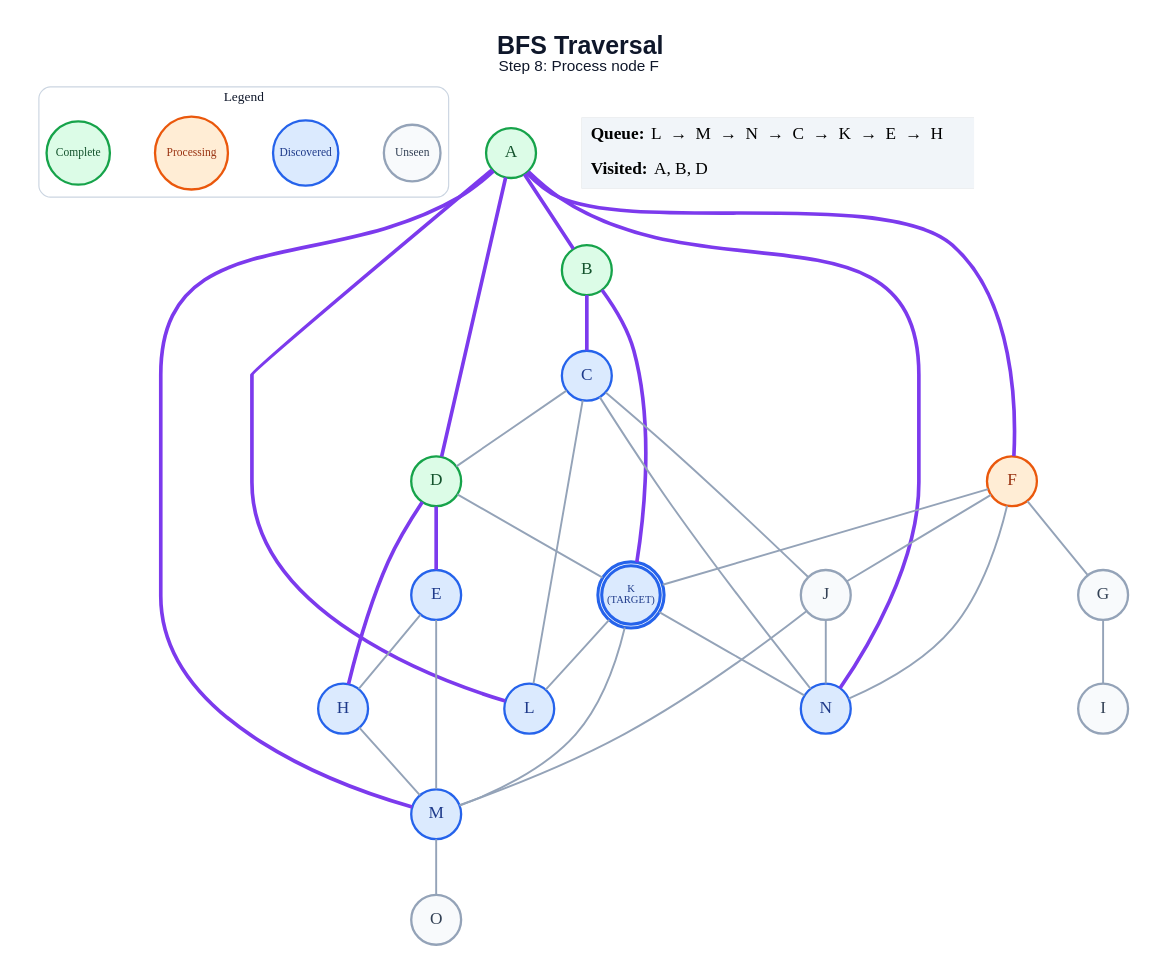
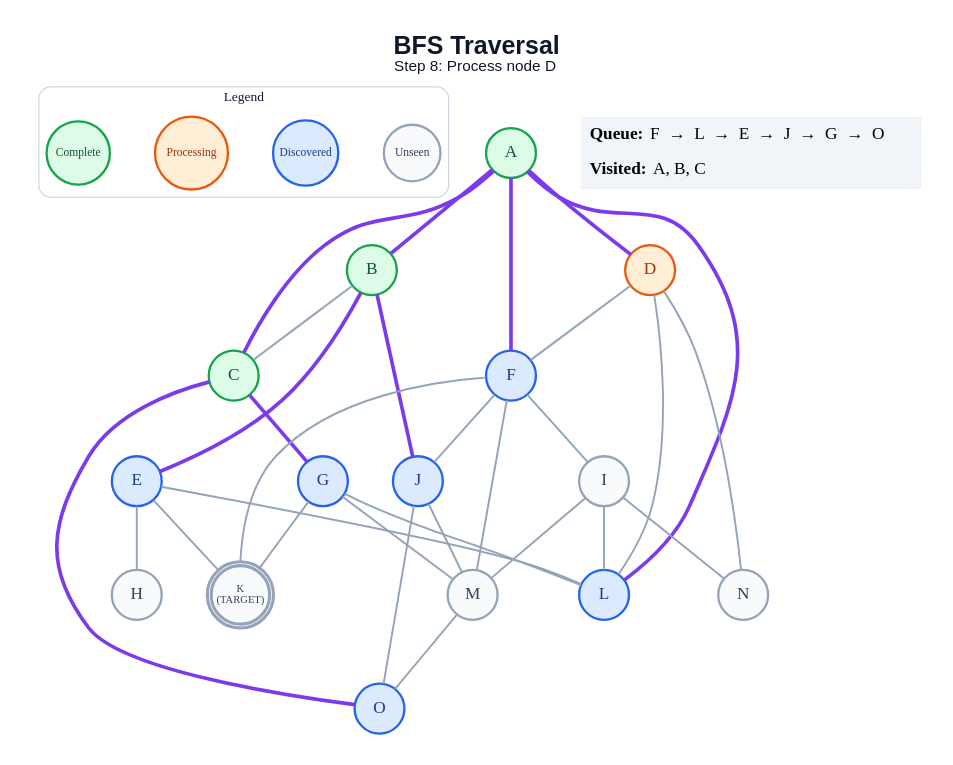
Before and after one commit to anon7238593-create/ai-slop: the diagram in generated/specific-node/bfs/step_08.dot, drawn with Graphviz. The commit also changed 211 other files, not shown here.

```diff
--- a/generated/specific-node/bfs/step_08.dot
+++ b/generated/specific-node/bfs/step_08.dot
@@ -1,63 +1,63 @@
 graph traversal {
   graph [layout=dot, rankdir=TB, bgcolor="#FFFFFF", pad="0.35", nodesep="0.65", ranksep="0.8", fontname="Arial"];
   node [shape=circle, style="filled", fontname="Arial Bold", fontsize=18, width=0.72, fixedsize=true, penwidth=2.4];
   edge [color="#94A3B8", penwidth=2.0];
-  label=<<B>BFS Traversal</B><BR/><FONT POINT-SIZE="16">Step 8: Process node F</FONT>>; labelloc="t"; fontsize=26; fontname="Arial"; fontcolor="#0F172A";
+  label=<<B>BFS Traversal</B><BR/><FONT POINT-SIZE="16">Step 8: Process node D</FONT>>; labelloc="t"; fontsize=26; fontname="Arial"; fontcolor="#0F172A";
   subgraph cluster_legend { label="Legend"; color="#CBD5E1"; penwidth=1.2; style="rounded"; fontsize=14; fontname="Arial Bold";
     key_unseen [label="Unseen", fillcolor="#F8FAFC", color="#94A3B8", fontcolor="#334155", fontsize=12, width=0.82];
     key_frontier [label="Discovered", fillcolor="#DBEAFE", color="#2563EB", fontcolor="#1E3A8A", fontsize=12, width=0.95];
     key_current [label="Processing", fillcolor="#FFEDD5", color="#EA580C", fontcolor="#9A3412", fontsize=12, width=1.05];
     key_done [label="Complete", fillcolor="#DCFCE7", color="#16A34A", fontcolor="#14532D", fontsize=12, width=0.92];
     { rank=same; key_unseen; key_frontier; key_current; key_done; }
   }
   A [label="A", fillcolor="#DCFCE7", color="#16A34A", fontcolor="#14532D", peripheries=1, penwidth=2.4];
   B [label="B", fillcolor="#DCFCE7", color="#16A34A", fontcolor="#14532D", peripheries=1, penwidth=2.4];
-  C [label="C", fillcolor="#DBEAFE", color="#2563EB", fontcolor="#1E3A8A", peripheries=1, penwidth=2.4];
-  D [label="D", fillcolor="#DCFCE7", color="#16A34A", fontcolor="#14532D", peripheries=1, penwidth=2.4];
+  C [label="C", fillcolor="#DCFCE7", color="#16A34A", fontcolor="#14532D", peripheries=1, penwidth=2.4];
+  D [label="D", fillcolor="#FFEDD5", color="#EA580C", fontcolor="#9A3412", peripheries=1, penwidth=2.4];
   E [label="E", fillcolor="#DBEAFE", color="#2563EB", fontcolor="#1E3A8A", peripheries=1, penwidth=2.4];
-  F [label="F", fillcolor="#FFEDD5", color="#EA580C", fontcolor="#9A3412", peripheries=1, penwidth=2.4];
-  G [label="G", fillcolor="#F8FAFC", color="#94A3B8", fontcolor="#334155", peripheries=1, penwidth=2.4];
-  H [label="H", fillcolor="#DBEAFE", color="#2563EB", fontcolor="#1E3A8A", peripheries=1, penwidth=2.4];
+  F [label="F", fillcolor="#DBEAFE", color="#2563EB", fontcolor="#1E3A8A", peripheries=1, penwidth=2.4];
+  G [label="G", fillcolor="#DBEAFE", color="#2563EB", fontcolor="#1E3A8A", peripheries=1, penwidth=2.4];
+  H [label="H", fillcolor="#F8FAFC", color="#94A3B8", fontcolor="#334155", peripheries=1, penwidth=2.4];
   I [label="I", fillcolor="#F8FAFC", color="#94A3B8", fontcolor="#334155", peripheries=1, penwidth=2.4];
-  J [label="J", fillcolor="#F8FAFC", color="#94A3B8", fontcolor="#334155", peripheries=1, penwidth=2.4];
-  K [label="K\n(TARGET)", fillcolor="#DBEAFE", color="#2563EB", fontcolor="#1E3A8A", peripheries=2, penwidth=3.2, fontsize=11, width=0.85, height=0.85];
+  J [label="J", fillcolor="#DBEAFE", color="#2563EB", fontcolor="#1E3A8A", peripheries=1, penwidth=2.4];
+  K [label="K\n(TARGET)", fillcolor="#F8FAFC", color="#94A3B8", fontcolor="#334155", peripheries=2, penwidth=3.2, fontsize=11, width=0.85, height=0.85];
   L [label="L", fillcolor="#DBEAFE", color="#2563EB", fontcolor="#1E3A8A", peripheries=1, penwidth=2.4];
-  M [label="M", fillcolor="#DBEAFE", color="#2563EB", fontcolor="#1E3A8A", peripheries=1, penwidth=2.4];
-  N [label="N", fillcolor="#DBEAFE", color="#2563EB", fontcolor="#1E3A8A", peripheries=1, penwidth=2.4];
-  O [label="O", fillcolor="#F8FAFC", color="#94A3B8", fontcolor="#334155", peripheries=1, penwidth=2.4];
+  M [label="M", fillcolor="#F8FAFC", color="#94A3B8", fontcolor="#334155", peripheries=1, penwidth=2.4];
+  N [label="N", fillcolor="#F8FAFC", color="#94A3B8", fontcolor="#334155", peripheries=1, penwidth=2.4];
+  O [label="O", fillcolor="#DBEAFE", color="#2563EB", fontcolor="#1E3A8A", peripheries=1, penwidth=2.4];
   A -- B [color="#7C3AED", penwidth=3.8];
+  A -- C [color="#7C3AED", penwidth=3.8];
   A -- D [color="#7C3AED", penwidth=3.8];
   A -- F [color="#7C3AED", penwidth=3.8];
   A -- L [color="#7C3AED", penwidth=3.8];
-  A -- M [color="#7C3AED", penwidth=3.8];
-  A -- N [color="#7C3AED", penwidth=3.8];
-  B -- C [color="#7C3AED", penwidth=3.8];
-  B -- K [color="#7C3AED", penwidth=3.8];
-  C -- D;
-  C -- J;
-  C -- L;
-  C -- N;
-  D -- E [color="#7C3AED", penwidth=3.8];
-  D -- H [color="#7C3AED", penwidth=3.8];
-  D -- K;
+  B -- C;
+  B -- E [color="#7C3AED", penwidth=3.8];
+  B -- J [color="#7C3AED", penwidth=3.8];
+  C -- G [color="#7C3AED", penwidth=3.8];
+  C -- O [color="#7C3AED", penwidth=3.8];
+  D -- F;
+  D -- L;
+  D -- N;
   E -- H;
-  E -- M;
-  F -- G;
+  E -- K;
+  E -- L;
+  F -- I;
   F -- J;
   F -- K;
-  F -- N;
-  G -- I;
-  H -- M;
+  F -- M;
+  G -- K;
+  G -- L;
+  G -- M;
+  I -- L;
+  I -- M;
+  I -- N;
   J -- M;
-  J -- N;
-  K -- L;
-  K -- M;
-  K -- N;
+  J -- O;
   M -- O;
   status [shape=plain, fixedsize=false, width=0, height=0, margin=0, label=<
     <TABLE BORDER="0" CELLBORDER="0" CELLPADDING="7" BGCOLOR="#F1F5F9">
-      <TR><TD ALIGN="LEFT"><B>Queue:</B> L  →  M  →  N  →  C  →  K  →  E  →  H</TD></TR>
-      <TR><TD ALIGN="LEFT"><B>Visited:</B> A, B, D</TD></TR>
+      <TR><TD ALIGN="LEFT"><B>Queue:</B> F  →  L  →  E  →  J  →  G  →  O</TD></TR>
+      <TR><TD ALIGN="LEFT"><B>Visited:</B> A, B, C</TD></TR>
     </TABLE>
   >];
 }
```
